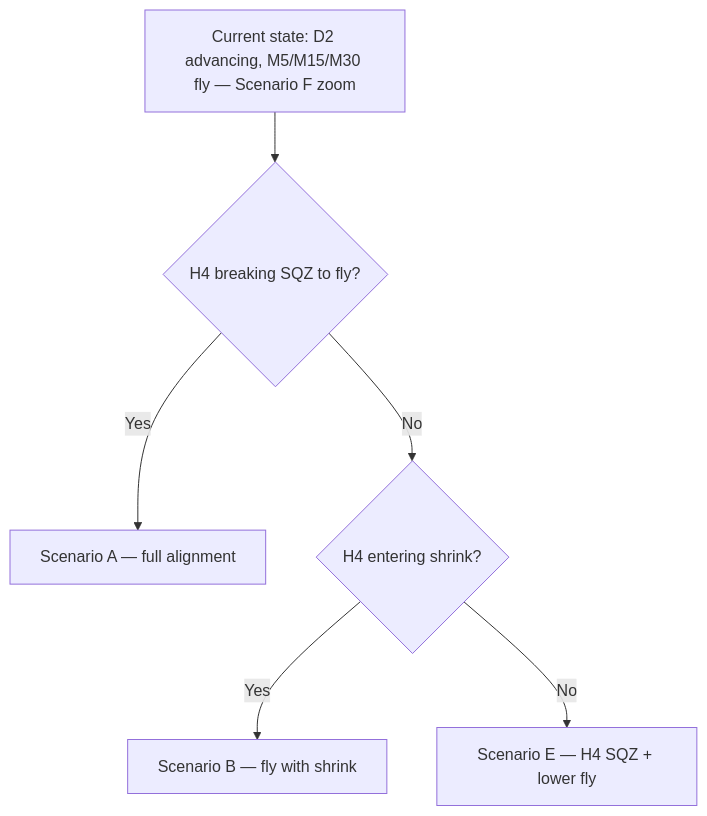
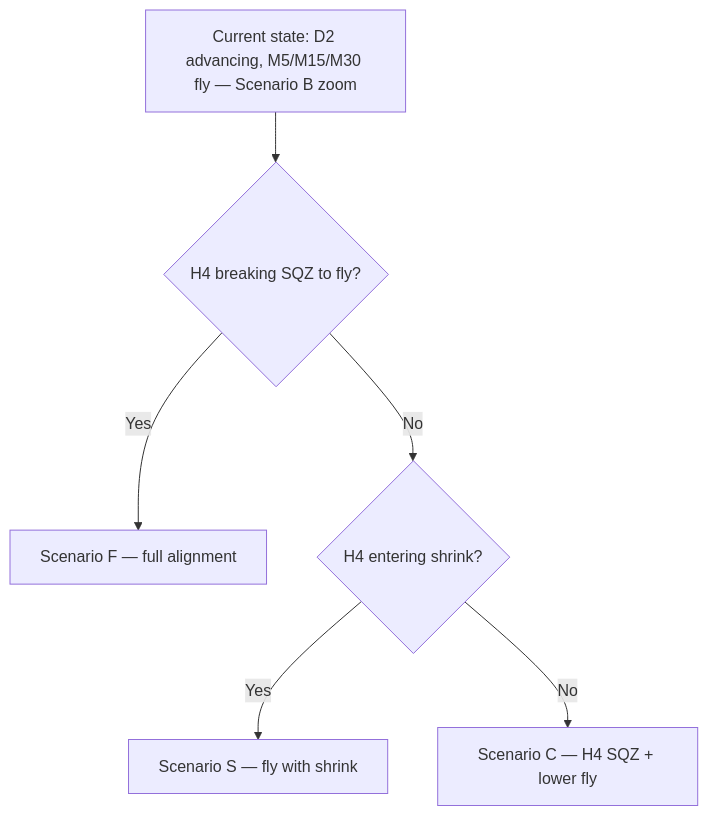
Before and after one commit to Terrypang89/BB_MTF_M15_STRATEGY: the seventh of 12 diagrams in references/IMAGE_ANALYSIS.md, drawn with Mermaid. The commit also changed other lines of this file and 12 other files, not shown here.

````diff
--- a/references/IMAGE_ANALYSIS.md
+++ b/references/IMAGE_ANALYSIS.md
@@ -475,9 +475,9 @@
 ```mermaid
 flowchart TD
-    A["Current state: D2 advancing, M5/M15/M30 fly — Scenario F zoom"]
+    A["Current state: D2 advancing, M5/M15/M30 fly — Scenario B zoom"]
     A --> B{"H4 breaking SQZ to fly?"}
-    B -->|Yes| C["Scenario A — full alignment"]
+    B -->|Yes| C["Scenario F — full alignment"]
     B -->|No| D{"H4 entering shrink?"}
-    D -->|Yes| E["Scenario B — fly with shrink"]
-    D -->|No| F["Scenario E — H4 SQZ + lower fly"]
+    D -->|Yes| E["Scenario S — fly with shrink"]
+    D -->|No| F["Scenario C — H4 SQZ + lower fly"]
 ```
````
